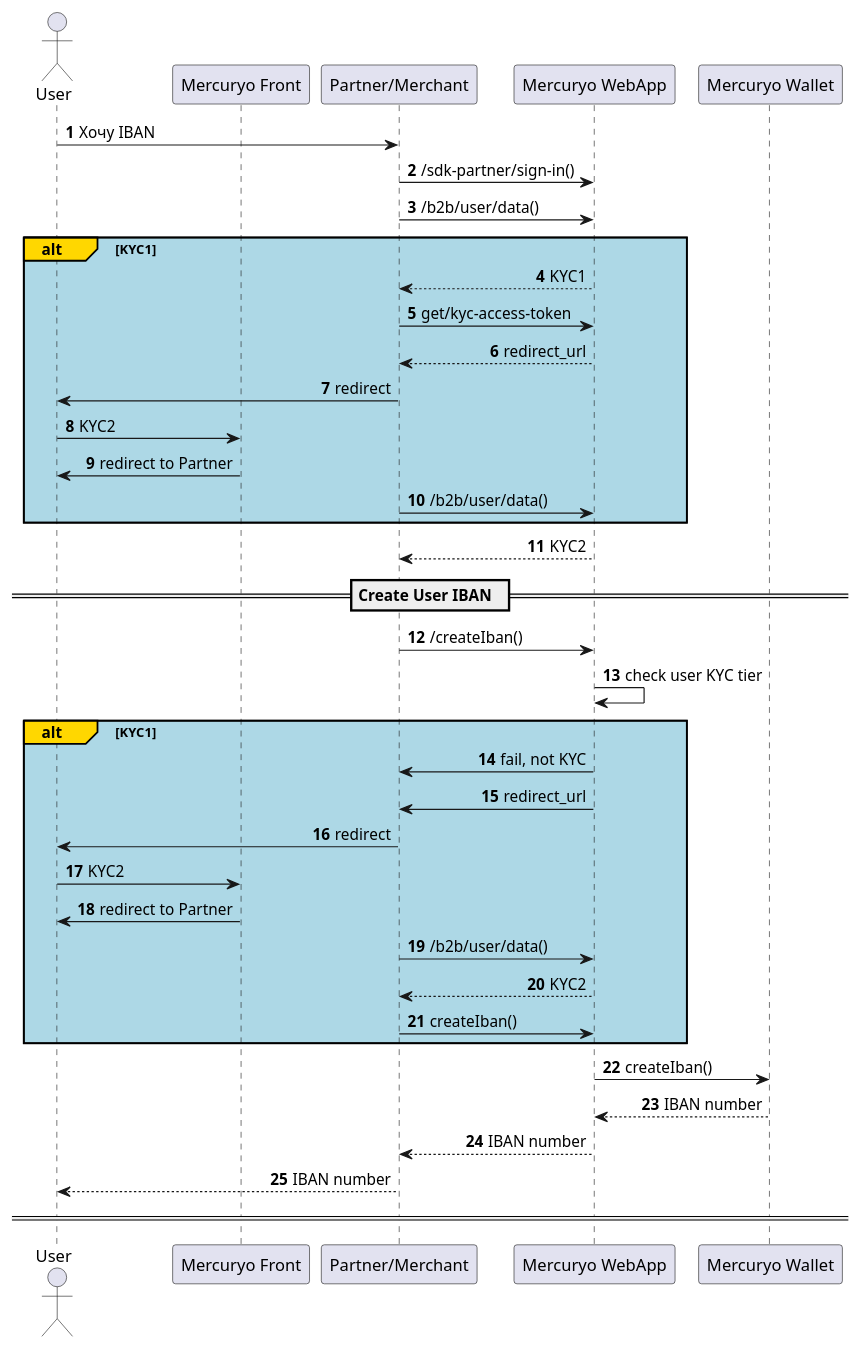
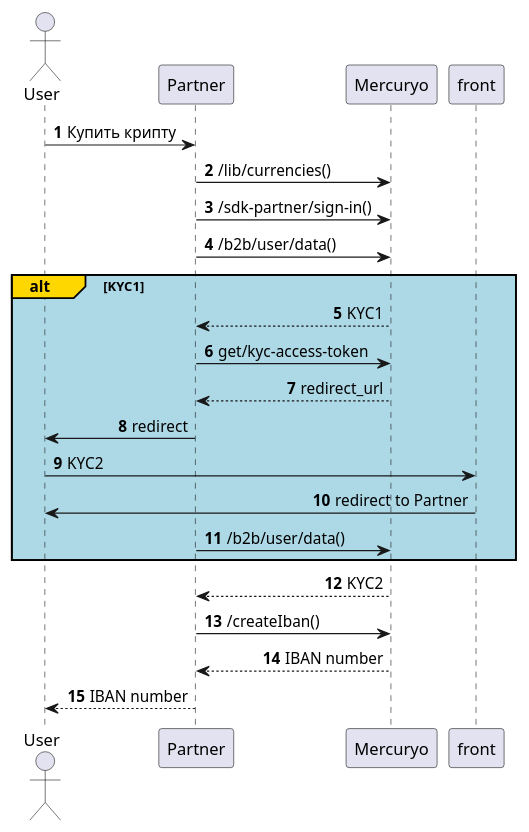
The diagram in 10 IBAN Create/:b2b:iban:create.puml (mercuryoio/BAAS-API), drawn with PlantUML before and after one commit. The commit also changed 5 other files, not shown here.

```diff
--- a/10 IBAN Create/:b2b:iban:create.puml
+++ b/10 IBAN Create/:b2b:iban:create.puml
@@ -1,48 +1,32 @@
 @startuml
 ' This UML source uses PlantUML format.
 ' https://plantuml.com/sequence-diagram for syntax details.
 ' Optional styles
 
 skinparam shadowing false
 skinparam SequenceMessageAlign direction
 
 autonumber
 
 actor User as user
-participant "Mercuryo Front" as front
-participant "Partner/Merchant" as part
-participant "Mercuryo WebApp" as merc
-participant "Mercuryo Wallet" as wall
+participant "Partner" as part
+participant "Mercuryo" as merc
 
-user -> part: Хочу IBAN
+user -> part: Купить крипту
+part -> merc: /lib/currencies()
 part -> merc: /sdk-partner/sign-in()
 part -> merc: /b2b/user/data()
 alt#gold #lightblue KYC1
 merc --> part: KYC1
 part -> merc: get/kyc-access-token
 merc --> part: redirect_url
 part -> user: redirect
 user -> front: KYC2
 front -> user: redirect to Partner
 part -> merc: /b2b/user/data()
 end
 merc --> part: KYC2
-== Create User IBAN  ==
 part -> merc: /createIban()
-merc -> merc: check user KYC tier
-alt#gold #lightblue KYC1
-merc -> part: fail, not KYC
-merc -> part: redirect_url
-part -> user: redirect
-user -> front: KYC2
-front -> user: redirect to Partner
-part -> merc: /b2b/user/data()
-merc --> part: KYC2
-part -> merc: createIban()
-end
-merc -> wall: createIban()
-wall --> merc: IBAN number
 merc --> part: IBAN number
 part --> user: IBAN number
-====
 @enduml
```
